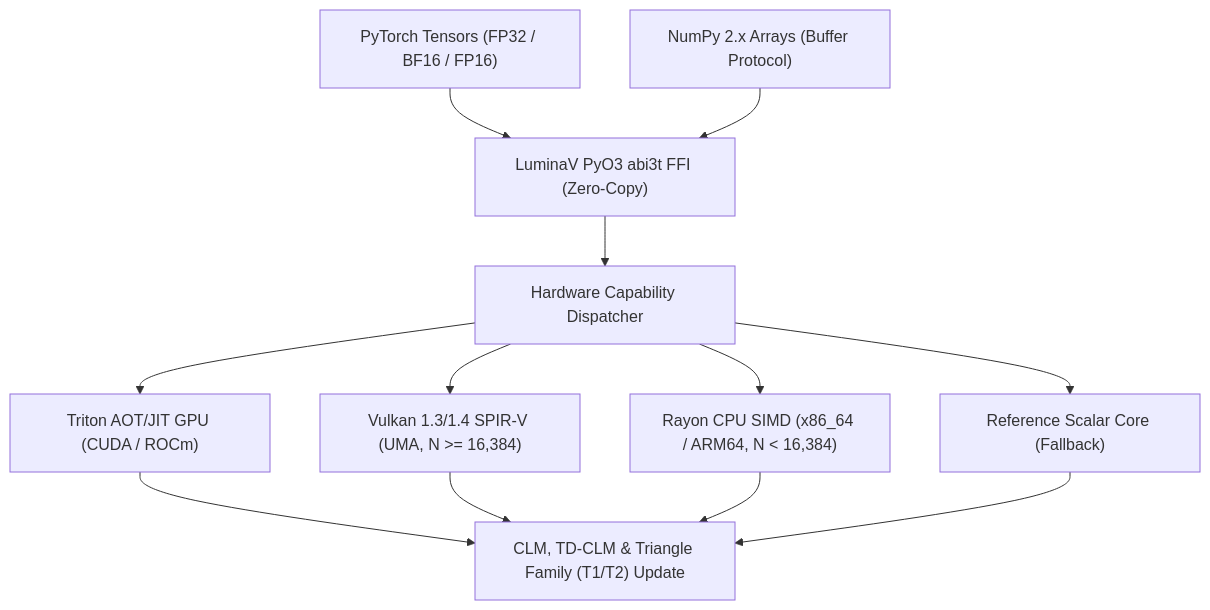
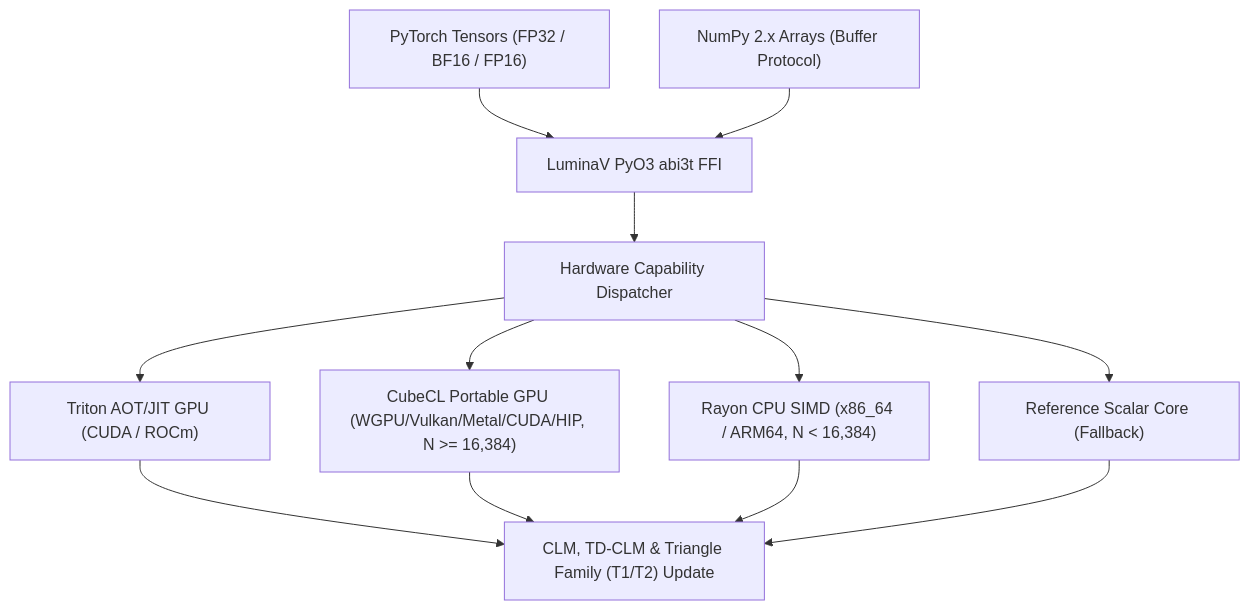
Before and after one commit to cloverx-id/luminamoon: the first of 2 diagrams in docs/en/04_architecture_and_hardware.md, drawn with Mermaid. The commit also changed other lines of this file and 49 other files, not shown here.

````diff
--- a/docs/en/04_architecture_and_hardware.md
+++ b/docs/en/04_architecture_and_hardware.md
@@ -9,11 +9,11 @@
 ```mermaid
 flowchart TD
-    PyTorch["PyTorch Tensors (FP32 / BF16 / FP16)"] --> FFI["LuminaV PyO3 abi3t FFI (Zero-Copy)"]
+    PyTorch["PyTorch Tensors (FP32 / BF16 / FP16)"] --> FFI["LuminaV PyO3 abi3t FFI"]
     NumPy["NumPy 2.x Arrays (Buffer Protocol)"] --> FFI
     FFI --> Dispatcher["Hardware Capability Dispatcher"]
     Dispatcher --> Triton["Triton AOT/JIT GPU (CUDA / ROCm)"]
-    Dispatcher --> Vulkan["Vulkan 1.3/1.4 SPIR-V (UMA, N >= 16,384)"]
+    Dispatcher --> CubeCL["CubeCL Portable GPU (WGPU/Vulkan/Metal/CUDA/HIP, N >= 16,384)"]
     Dispatcher --> SIMD["Rayon CPU SIMD (x86_64 / ARM64, N < 16,384)"]
     Dispatcher --> Scalar["Reference Scalar Core (Fallback)"]
-    Triton & Vulkan & SIMD & Scalar --> Math["CLM, TD-CLM & Triangle Family (T1/T2) Update"]
+    Triton & CubeCL & SIMD & Scalar --> Math["CLM, TD-CLM & Triangle Family (T1/T2) Update"]
 ```
````
